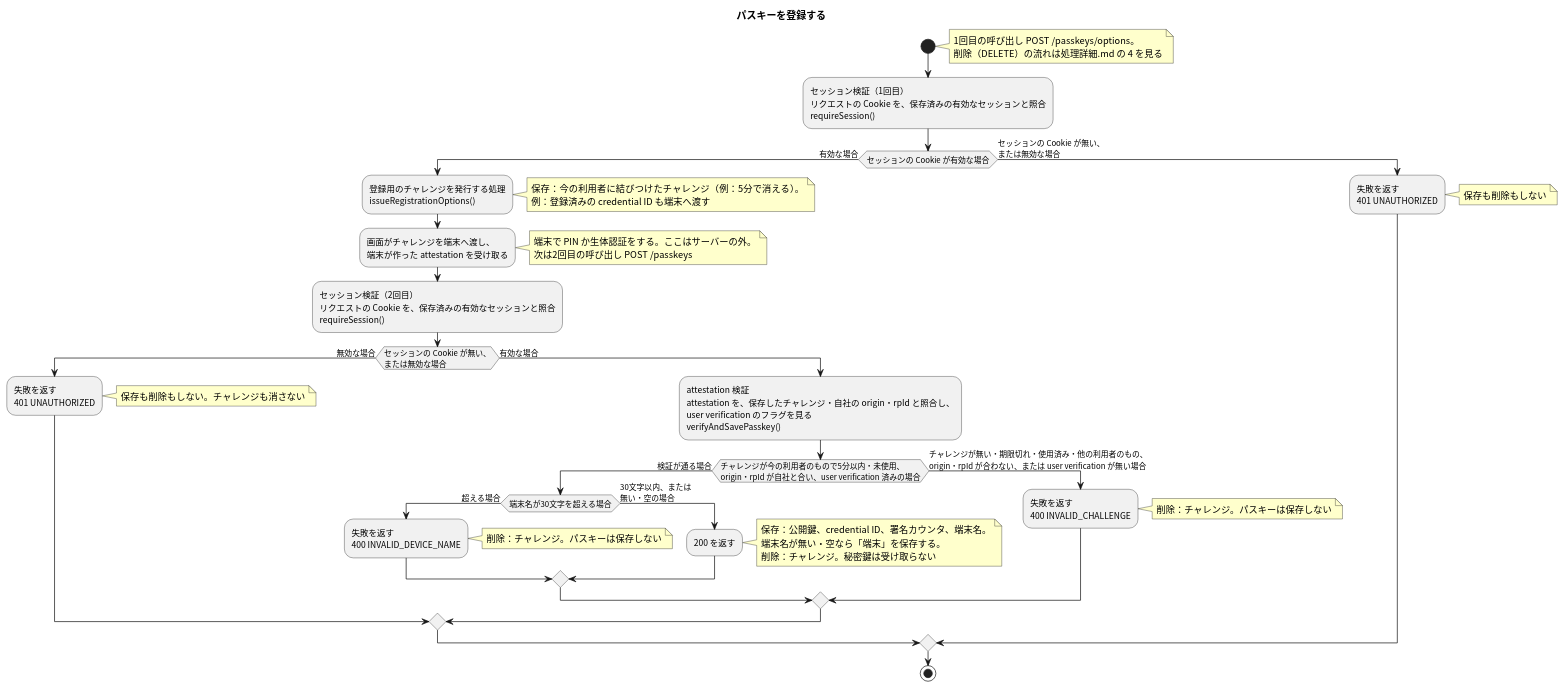
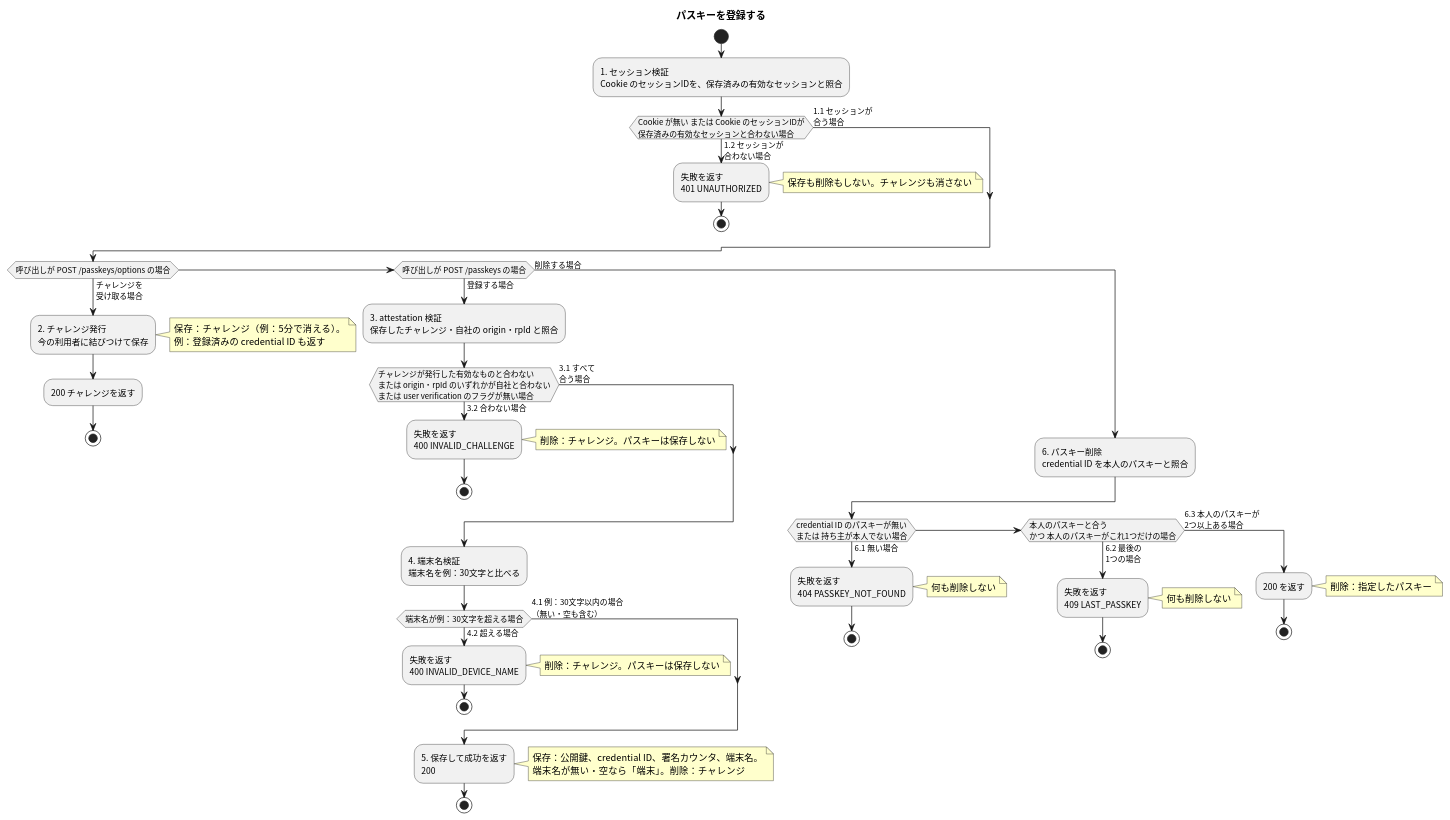
The diagram in apis/register-passkey/flow.puml (masamasamasato/design-doc-template), drawn with PlantUML before and after one commit. The commit also changed other lines of this file and 40 other files, not shown here.

```diff
--- a/apis/register-passkey/flow.puml
+++ b/apis/register-passkey/flow.puml
@@ -3,41 +3,56 @@
 @startuml
 skinparam shadowing false
 skinparam defaultFontName "Noto Sans CJK JP"
 skinparam ActivityFontName "Noto Sans CJK JP"
 skinparam NoteBackgroundColor #FFFFCC
 
 title パスキーを登録する
 
 start
-note right: 1回目の呼び出し POST /passkeys/options。\n削除（DELETE）の流れは処理詳細.md の 4 を見る
-:セッション検証（1回目）\nリクエストの Cookie を、保存済みの有効なセッションと照合\nrequireSession();
-if (セッションの Cookie が有効な場合) then (有効な場合)
-  :登録用のチャレンジを発行する処理\nissueRegistrationOptions();
-  note right: 保存：今の利用者に結びつけたチャレンジ（例：5分で消える）。\n例：登録済みの credential ID も端末へ渡す
-  :画面がチャレンジを端末へ渡し、\n端末が作った attestation を受け取る;
-  note right: 端末で PIN か生体認証をする。ここはサーバーの外。\n次は2回目の呼び出し POST /passkeys
-  :セッション検証（2回目）\nリクエストの Cookie を、保存済みの有効なセッションと照合\nrequireSession();
-  if (セッションの Cookie が無い、\nまたは無効な場合) then (無効な場合)
-    :失敗を返す\n401 UNAUTHORIZED;
-    note right: 保存も削除もしない。チャレンジも消さない
-  else (有効な場合)
-    :attestation 検証\nattestation を、保存したチャレンジ・自社の origin・rpId と照合し、\nuser verification のフラグを見る\nverifyAndSavePasskey();
-    if (チャレンジが今の利用者のもので5分以内・未使用、\norigin・rpId が自社と合い、user verification 済みの場合) then (検証が通る場合)
-      if (端末名が30文字を超える場合) then (超える場合)
-        :失敗を返す\n400 INVALID_DEVICE_NAME;
-        note right: 削除：チャレンジ。パスキーは保存しない
-      else (30文字以内、または\n無い・空の場合)
-        :200 を返す;
-        note right: 保存：公開鍵、credential ID、署名カウンタ、端末名。\n端末名が無い・空なら「端末」を保存する。\n削除：チャレンジ。秘密鍵は受け取らない
-      endif
-    else (チャレンジが無い・期限切れ・使用済み・他の利用者のもの、\norigin・rpId が合わない、または user verification が無い場合)
-      :失敗を返す\n400 INVALID_CHALLENGE;
-      note right: 削除：チャレンジ。パスキーは保存しない
-    endif
+:1. セッション検証\nCookie のセッションIDを、保存済みの有効なセッションと照合;
+if (Cookie が無い または Cookie のセッションIDが\n保存済みの有効なセッションと合わない場合) then (1.2 セッションが\n合わない場合)
+  :失敗を返す\n401 UNAUTHORIZED;
+  note right: 保存も削除もしない。チャレンジも消さない
+  stop
+else (1.1 セッションが\n合う場合)
+endif
+if (呼び出しが POST /passkeys/options の場合) then (チャレンジを\n受け取る場合)
+  :2. チャレンジ発行\n今の利用者に結びつけて保存;
+  note right: 保存：チャレンジ（例：5分で消える）。\n例：登録済みの credential ID も返す
+  :200 チャレンジを返す;
+  stop
+elseif (呼び出しが POST /passkeys の場合) then (登録する場合)
+  :3. attestation 検証\n保存したチャレンジ・自社の origin・rpId と照合;
+  if (チャレンジが発行した有効なものと合わない\nまたは origin・rpId のいずれかが自社と合わない\nまたは user verification のフラグが無い場合) then (3.2 合わない場合)
+    :失敗を返す\n400 INVALID_CHALLENGE;
+    note right: 削除：チャレンジ。パスキーは保存しない
+    stop
+  else (3.1 すべて\n合う場合)
   endif
-else (セッションの Cookie が無い、\nまたは無効な場合)
-  :失敗を返す\n401 UNAUTHORIZED;
-  note right: 保存も削除もしない
+  :4. 端末名検証\n端末名を例：30文字と比べる;
+  if (端末名が例：30文字を超える場合) then (4.2 超える場合)
+    :失敗を返す\n400 INVALID_DEVICE_NAME;
+    note right: 削除：チャレンジ。パスキーは保存しない
+    stop
+  else (4.1 例：30文字以内の場合\n（無い・空も含む）)
+  endif
+  :5. 保存して成功を返す\n200;
+  note right: 保存：公開鍵、credential ID、署名カウンタ、端末名。\n端末名が無い・空なら「端末」。削除：チャレンジ
+  stop
+else (削除する場合)
+  :6. パスキー削除\ncredential ID を本人のパスキーと照合;
+  if (credential ID のパスキーが無い\nまたは 持ち主が本人でない場合) then (6.1 無い場合)
+    :失敗を返す\n404 PASSKEY_NOT_FOUND;
+    note right: 何も削除しない
+    stop
+  elseif (本人のパスキーと合う\nかつ 本人のパスキーがこれ1つだけの場合) then (6.2 最後の\n1つの場合)
+    :失敗を返す\n409 LAST_PASSKEY;
+    note right: 何も削除しない
+    stop
+  else (6.3 本人のパスキーが\n2つ以上ある場合)
+    :200 を返す;
+    note right: 削除：指定したパスキー
+    stop
+  endif
 endif
-stop
 @enduml
```
